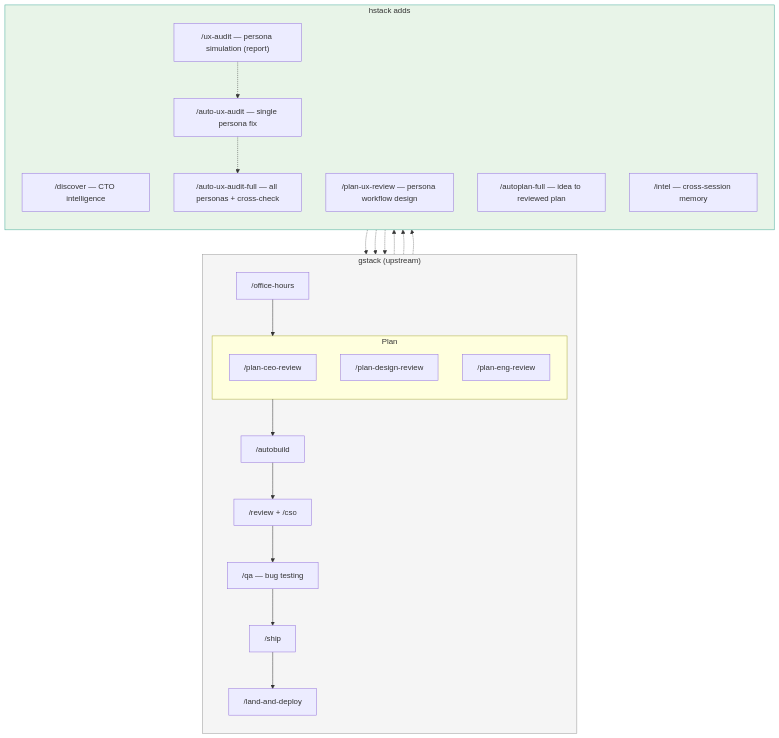
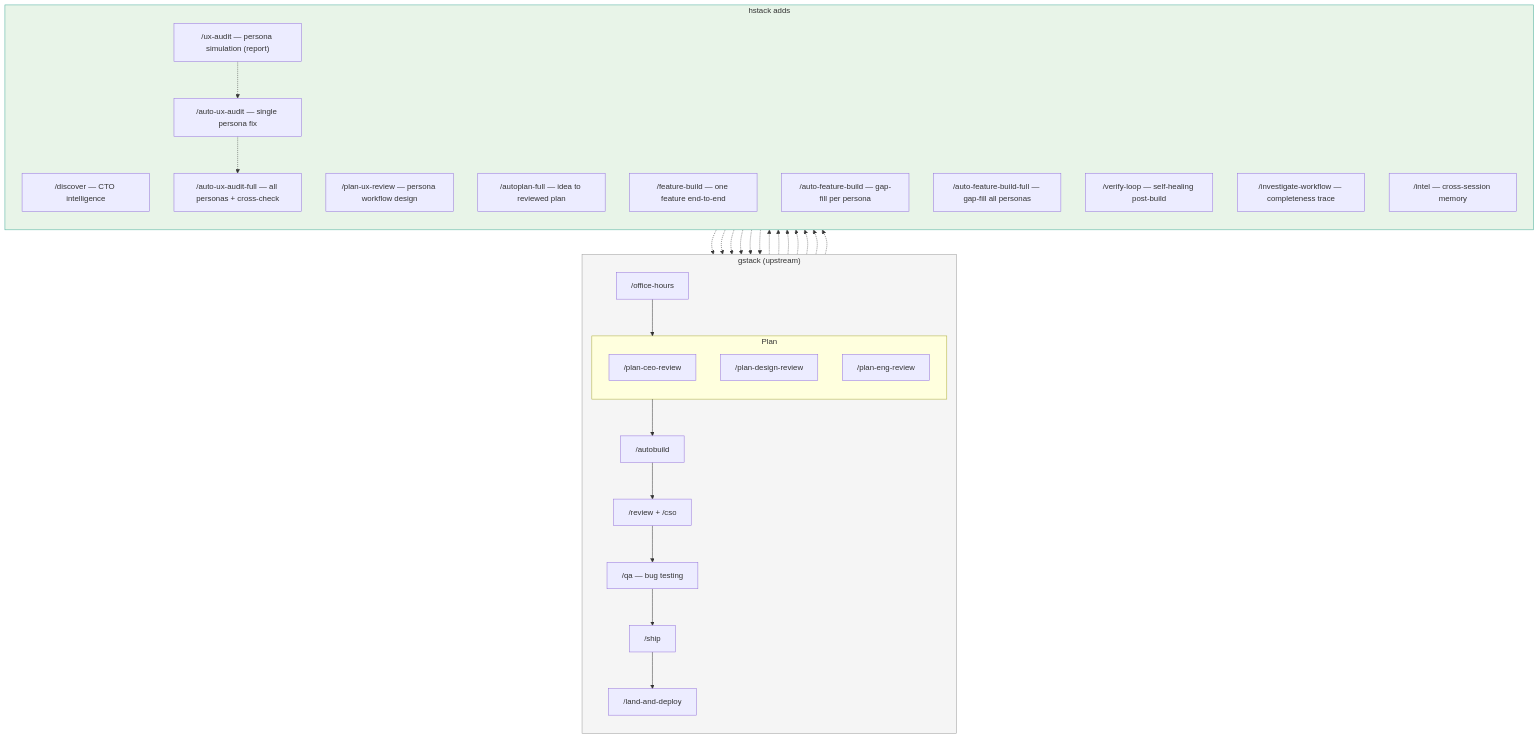
Before and after one commit to atlonxp/hstack: the first of 3 diagrams in README.md, drawn with Mermaid. The commit also changed other lines of this file, not shown here.

````diff
--- a/README.md
+++ b/README.md
@@ -65,40 +65,52 @@
 ```mermaid
 graph TB
     subgraph gstack["gstack (upstream)"]
         direction TB
         OH["/office-hours"] --> Plan
         subgraph Plan["Plan"]
             CEO["/plan-ceo-review"]
             Design["/plan-design-review"]
             Eng["/plan-eng-review"]
         end
         Plan --> Build["/autobuild"]
         Build --> Review["/review + /cso"]
         Review --> QA["/qa — bug testing"]
         QA --> Ship["/ship"]
         Ship --> Deploy["/land-and-deploy"]
     end
 
     subgraph hstack_adds["hstack adds"]
         direction TB
         Discover["/discover — CTO intelligence"]
         UXPlan["/plan-ux-review — persona workflow design"]
         UXAudit["/ux-audit — persona simulation (report)"]
         AutoUX["/auto-ux-audit — single persona fix"]
         AutoUXFull["/auto-ux-audit-full — all personas + cross-check"]
         AutoPlan["/autoplan-full — idea to reviewed plan"]
+        FB["/feature-build — one feature end-to-end"]
+        AutoFB["/auto-feature-build — gap-fill per persona"]
+        AutoFBFull["/auto-feature-build-full — gap-fill all personas"]
+        VerifyLoop["/verify-loop — self-healing post-build"]
+        InvestigateWF["/investigate-workflow — completeness trace"]
         Intel["/intel — cross-session memory"]
     end
 
     OH -.-> Discover
     Discover -.-> CEO
     CEO -.-> UXPlan
     UXPlan -.-> Design
+    Plan -.-> FB
+    Plan -.-> AutoFB
+    FB -.-> Build
+    AutoFB -.-> Build
+    AutoFBFull -.-> Build
+    Build -.-> VerifyLoop
+    Build -.-> InvestigateWF
     QA -.-> UXAudit
     UXAudit -.-> AutoUX
     AutoUX -.-> AutoUXFull
     AutoUXFull -.-> Ship
 
     style gstack fill:#f5f5f5,stroke:#999
     style hstack_adds fill:#e8f4e8,stroke:#4a9
 ```
````
